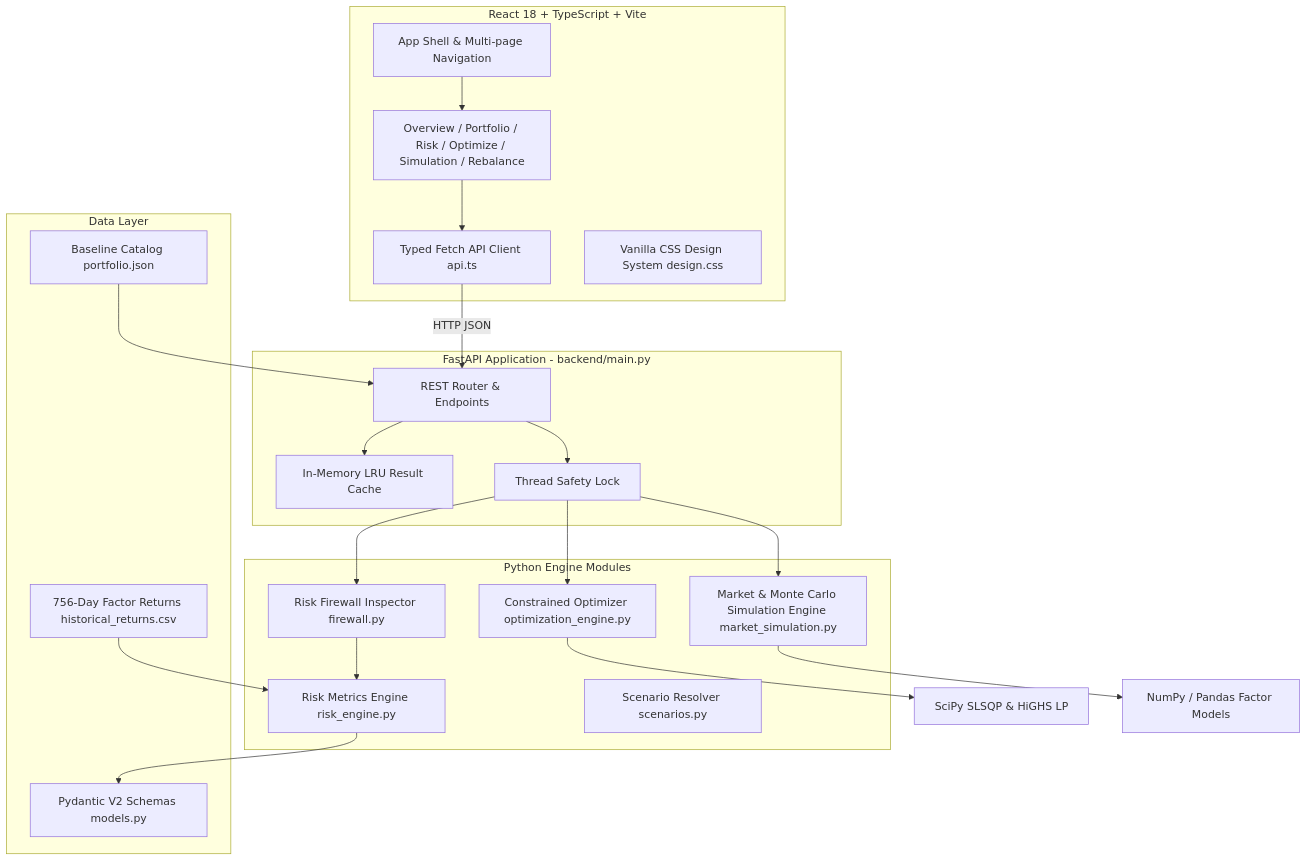
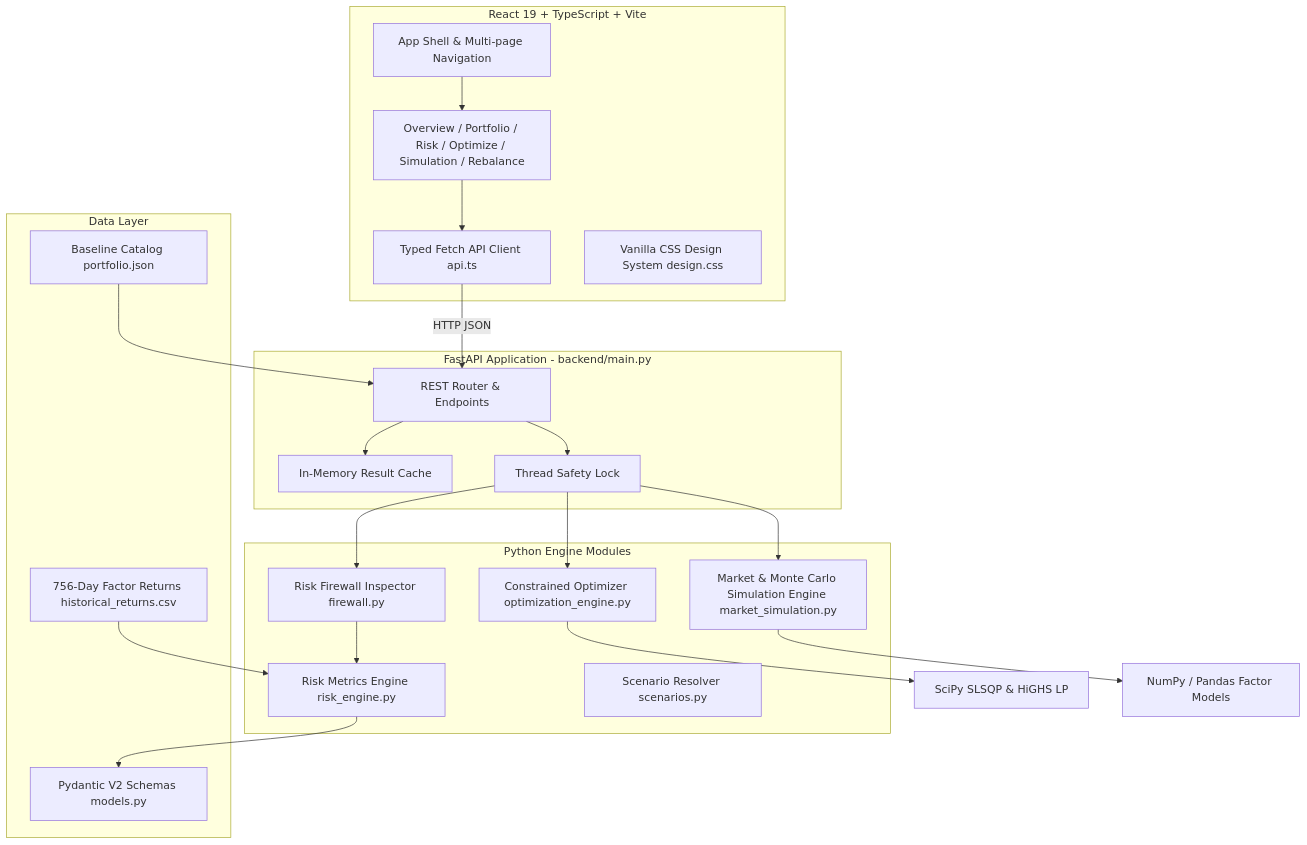
The diagram in ARCHITECTURE.md (Arya-Tiwari/INIT_ByteBandits), drawn with Mermaid before and after one commit. The commit also changed other lines of this file and 20 other files, not shown here.

````diff
--- a/ARCHITECTURE.md
+++ b/ARCHITECTURE.md
@@ -9,44 +9,44 @@
 ```mermaid
 graph TD
-    subgraph Frontend Layer [React 18 + TypeScript + Vite]
+    subgraph Frontend Layer [React 19 + TypeScript + Vite]
         UI[App Shell & Multi-page Navigation]
         Pages[Overview / Portfolio / Risk / Optimize / Simulation / Rebalance]
         APIClient[Typed Fetch API Client api.ts]
         CSS[Vanilla CSS Design System design.css]
     end
 
     subgraph API Layer [FastAPI Application - backend/main.py]
         Router[REST Router & Endpoints]
-        Cache[In-Memory LRU Result Cache]
+        Cache[In-Memory Result Cache]
         StateLock[Thread Safety Lock]
     end
 
     subgraph Analytical Core [Python Engine Modules]
         Firewall[Risk Firewall Inspector firewall.py]
         RiskEng[Risk Metrics Engine risk_engine.py]
         OptEng[Constrained Optimizer optimization_engine.py]
         SimEng[Market & Monte Carlo Simulation Engine market_simulation.py]
         Scenarios[Scenario Resolver scenarios.py]
     end
 
     subgraph Data & Models [Data Layer]
         Pydantic[Pydantic V2 Schemas models.py]
         Baseline[Baseline Catalog portfolio.json]
         Returns[756-Day Factor Returns historical_returns.csv]
     end
 
     UI --> Pages
     Pages --> APIClient
     APIClient -->|HTTP JSON| Router
     Router --> Cache
     Router --> StateLock
     StateLock --> Firewall
     StateLock --> OptEng
     StateLock --> SimEng
     Firewall --> RiskEng
     OptEng --> SciPy[SciPy SLSQP & HiGHS LP]
     SimEng --> NumPy[NumPy / Pandas Factor Models]
     RiskEng --> Pydantic
     Returns --> RiskEng
     Baseline --> Router
 ```
````
